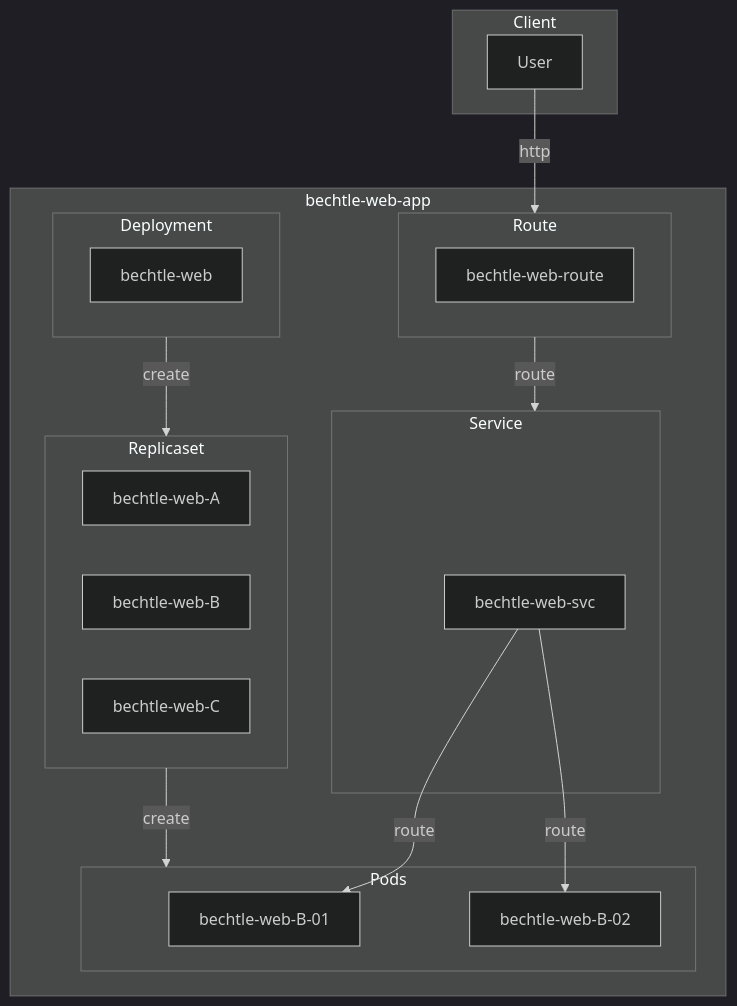
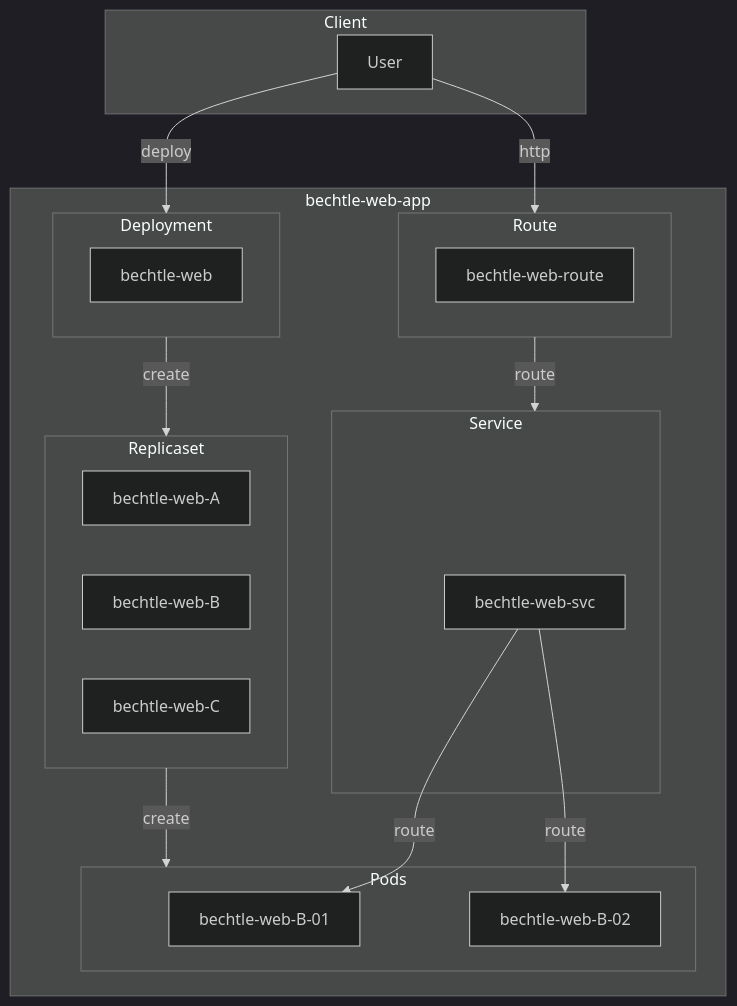
The second of 2 diagrams in README.md (tkops/bechtle), drawn with Mermaid (dark theme) before and after one commit.

````diff
--- a/README.md
+++ b/README.md
@@ -28,32 +28,33 @@
 ```mermaid
 flowchart TD
   subgraph app[bechtle-web-app]
     subgraph deploy[Deployment]
       bechtle-web
     end
     subgraph rs[Replicaset]
       bechtle-web-A
       bechtle-web-B
       bechtle-web-C
     end
     subgraph pod[Pods]
       pod1[bechtle-web-B-01]
       pod2[bechtle-web-B-02]
     end
     subgraph svc[Service]
       svc1[bechtle-web-svc]
     end
     subgraph route[Route]
       bechtle-web-route
     end
   end
   subgraph client[Client]
     user[User]
   end
   user --http--> route
+  user --deploy-->deploy
   deploy -- create --> rs
   rs -- create --> pod
   route -- route --> svc
   svc1 -- route --> pod1
   svc1 -- route --> pod2
 ```
````
